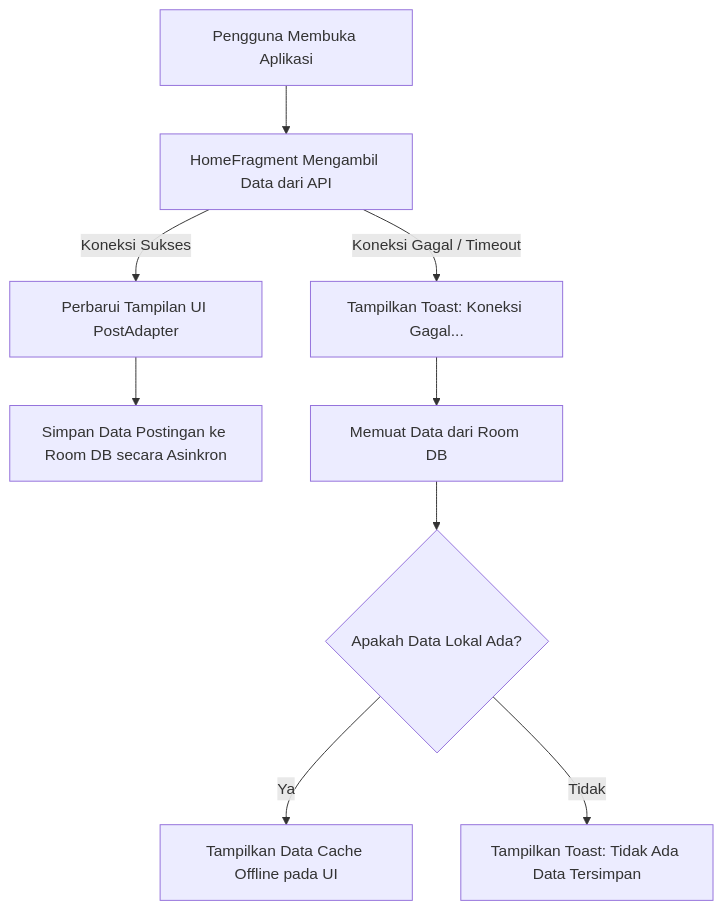
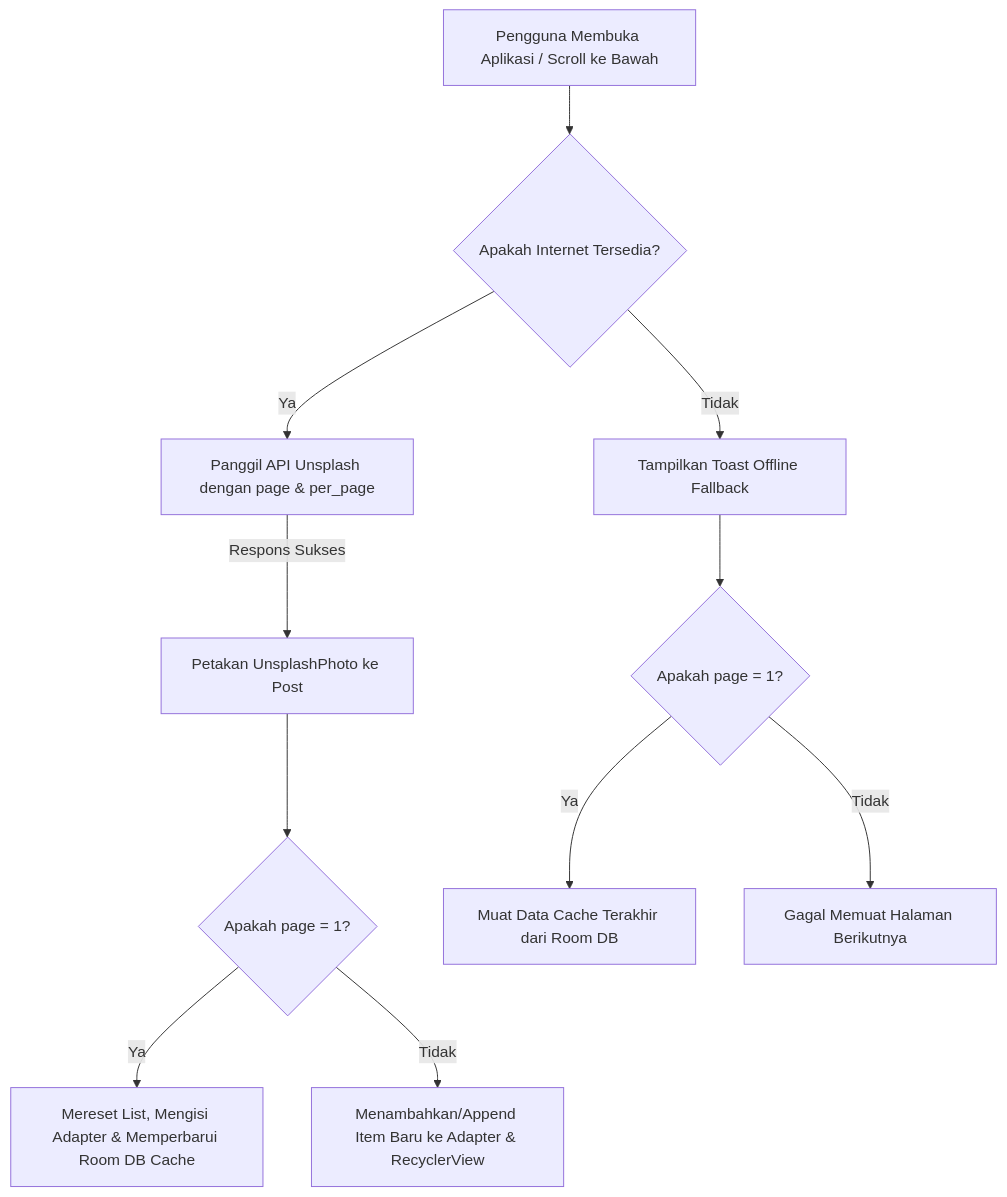
One commit to twelverakki/lab_mobile changed the diagram in README.md. Above: the diagram before and after it, drawn with Mermaid. The commit also changed other lines of this file, not shown here.

````diff
--- a/README.md
+++ b/README.md
@@ -90,11 +94,13 @@
 ```mermaid
 graph TD
-    A[Pengguna Membuka Aplikasi] --> B[HomeFragment Mengambil Data dari API]
-    B -->|Koneksi Sukses| C[Perbarui Tampilan UI PostAdapter]
-    C --> D[Simpan Data Postingan ke Room DB secara Asinkron]
-    B -->|Koneksi Gagal / Timeout| E[Tampilkan Toast: Koneksi Gagal...]
-    E --> F[Memuat Data dari Room DB]
-    F --> G{Apakah Data Lokal Ada?}
-    G -->|Ya| H[Tampilkan Data Cache Offline pada UI]
-    G -->|Tidak| I[Tampilkan Toast: Tidak Ada Data Tersimpan]
+    A[Pengguna Membuka Aplikasi / Scroll ke Bawah] --> B{Apakah Internet Tersedia?}
+    B -->|Ya| C[Panggil API Unsplash dengan page & per_page]
+    C -->|Respons Sukses| D[Petakan UnsplashPhoto ke Post]
+    D --> E{Apakah page = 1?}
+    E -->|Ya| F[Mereset List, Mengisi Adapter & Memperbarui Room DB Cache]
+    E -->|Tidak| G[Menambahkan/Append Item Baru ke Adapter & RecyclerView]
+    B -->|Tidak| H[Tampilkan Toast Offline Fallback]
+    H --> I{Apakah page = 1?}
+    I -->|Ya| J[Muat Data Cache Terakhir dari Room DB]
+    I -->|Tidak| K[Gagal Memuat Halaman Berikutnya]
 ```
````
